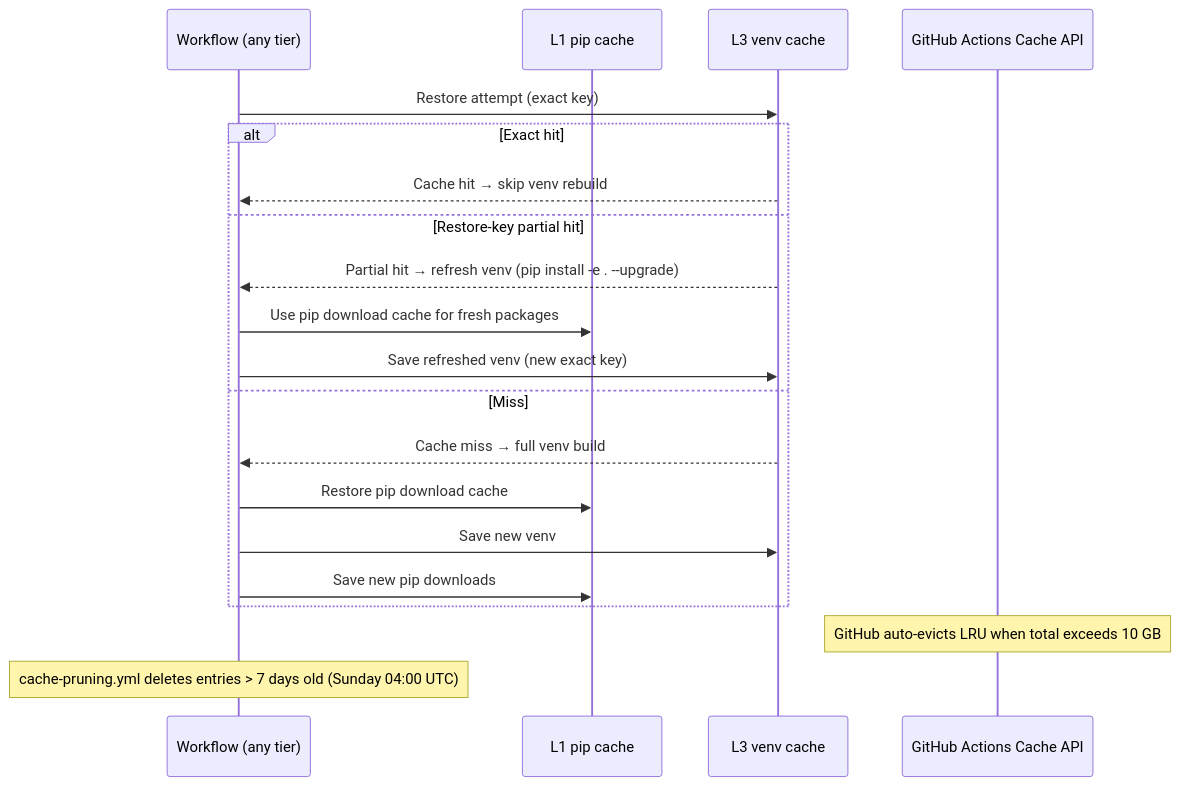
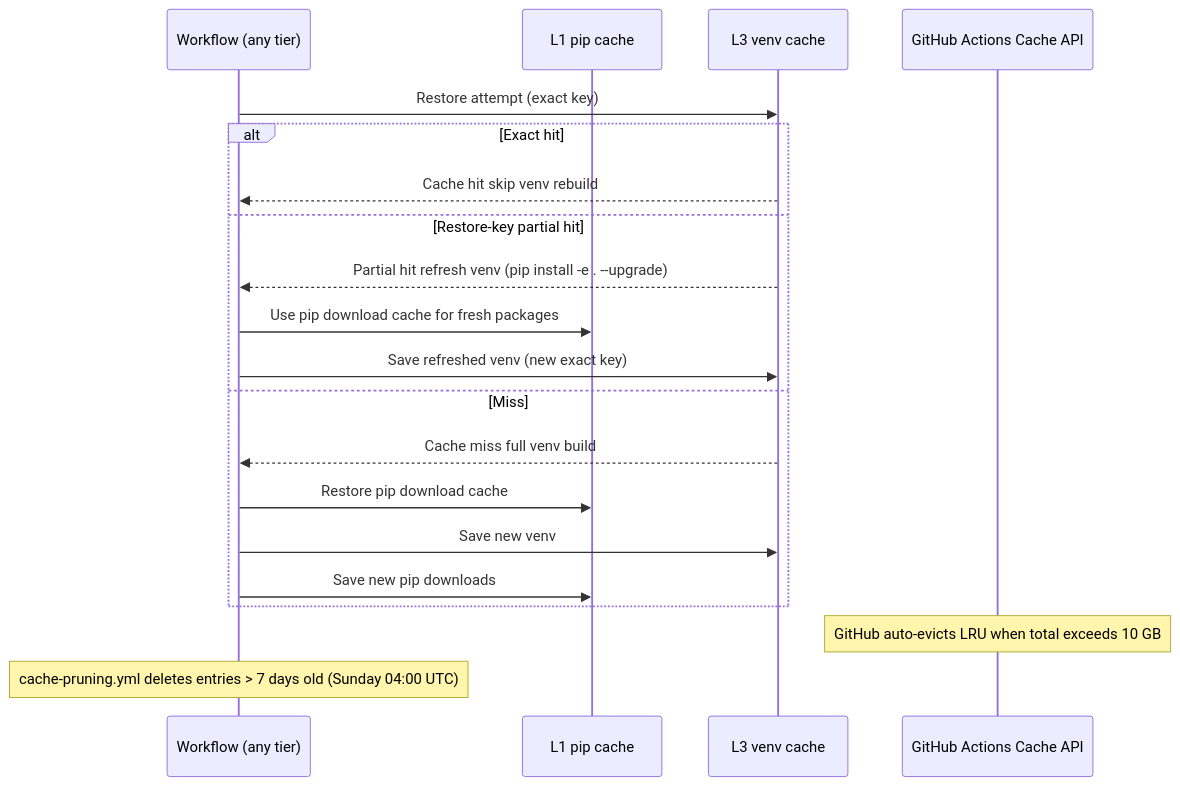
One commit to Aries-Serpent/_codex_ changed the fifth of 5 diagrams in docs/ops/CACHE_SHARED_DATASETS.md. Above: the diagram before and after it, drawn with Mermaid. The commit also changed other lines of this file and 4117 other files, not shown here.

````diff
--- a/docs/ops/CACHE_SHARED_DATASETS.md
+++ b/docs/ops/CACHE_SHARED_DATASETS.md
@@ -285,25 +303,29 @@
 ```mermaid
-%%{init: {'accessibility': {'title': 'Sequence Diagram: >>WF:  Cache hit → skip venv '}}%%
+%%{init: {'accessibility': {'title': 'Sequence Diagram: >>WF: Cache hit skip venv '}}%%
+
 sequenceDiagram
-    participant WF as Workflow (any tier)
-    participant L1 as L1 pip cache
-    participant L3 as L3 venv cache
-    participant GH as GitHub Actions Cache API
+ participant WF as Workflow (any tier)
+ participant L1 as L1 pip cache
+ participant L3 as L3 venv cache
+ participant GH as GitHub Actions Cache API
 
-    WF->>L3: Restore attempt (exact key)
-    alt Exact hit
-        L3-->>WF:  Cache hit → skip venv rebuild
-    else Restore-key partial hit
-        L3-->>WF: ️ Partial hit → refresh venv (pip install -e . --upgrade)
-        WF->>L1: Use pip download cache for fresh packages
-        WF->>L3: Save refreshed venv (new exact key)
-    else Miss
-        L3-->>WF:  Cache miss → full venv build
-        WF->>L1: Restore pip download cache
-        WF->>L3: Save new venv
-        WF->>L1: Save new pip downloads
-    end
+ WF->>L3: Restore attempt (exact key)
+ alt Exact hit
 
-    Note over GH: GitHub auto-evicts LRU when total exceeds 10 GB
-    Note over WF: cache-pruning.yml deletes entries > 7 days old (Sunday 04:00 UTC)
+ L3-->>WF: Cache hit skip venv rebuild
+ else Restore-key partial hit
+
+ L3-->>WF: Partial hit refresh venv (pip install -e . --upgrade)
+ WF->>L1: Use pip download cache for fresh packages
+ WF->>L3: Save refreshed venv (new exact key)
+ else Miss
+
+ L3-->>WF: Cache miss full venv build
+ WF->>L1: Restore pip download cache
+ WF->>L3: Save new venv
+ WF->>L1: Save new pip downloads
+ end
+
+ Note over GH: GitHub auto-evicts LRU when total exceeds 10 GB
+ Note over WF: cache-pruning.yml deletes entries > 7 days old (Sunday 04:00 UTC)
 ```
````
